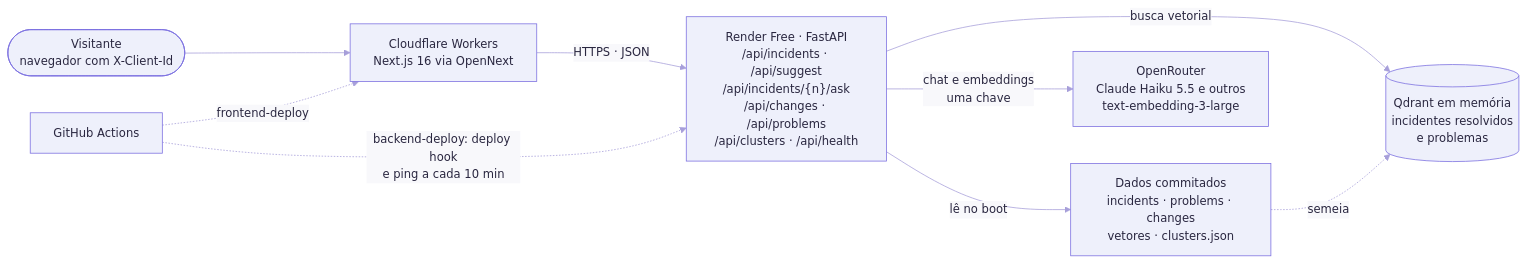
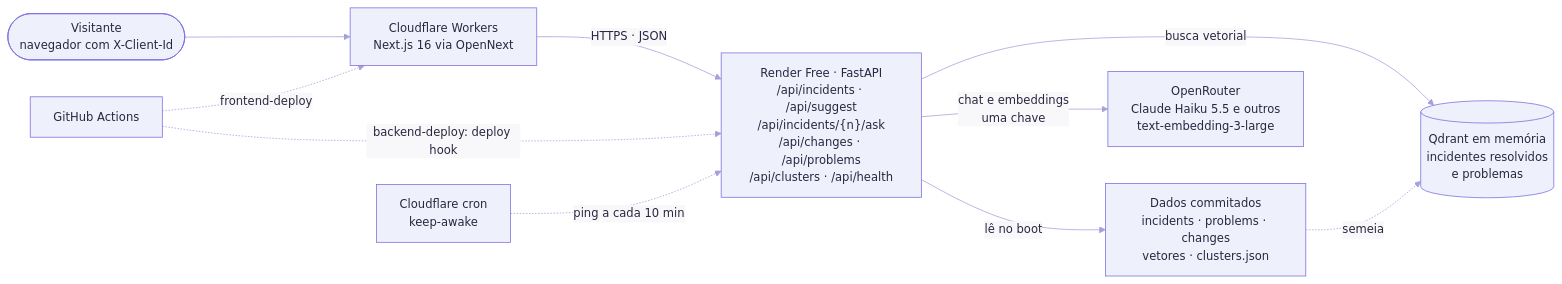
The diagram in docs/diagrams/arch-pt.mmd (johnlaff/incident-sense), drawn with Mermaid before and after one commit. The commit also changed 12 other files, not shown here.

First line of the commit message:
fix: ping da API por cron da Cloudflare a cada 10 minutos

```diff
--- a/docs/diagrams/arch-pt.mmd
+++ b/docs/diagrams/arch-pt.mmd
@@ -1,10 +1,11 @@
 %%{init: {"theme":"base","flowchart":{"diagramPadding":18,"nodeSpacing":48,"rankSpacing":95,"htmlLabels":true},"themeVariables":{"fontFamily":"ui-sans-serif, system-ui, sans-serif","fontSize":"15px","primaryColor":"#eef0fb","primaryBorderColor":"#7b6fe0","primaryTextColor":"#2a2740","lineColor":"#a79fda","secondaryColor":"#f4f5f9","tertiaryColor":"#ffffff","edgeLabelBackground":"#f8f8fb"}}}%%
 flowchart LR
   U(["Visitante<br/>navegador com X-Client-Id"]) --> W["Cloudflare Workers<br/>Next.js 16 via OpenNext"]
   W -->|"HTTPS · JSON"| API["Render Free · FastAPI<br/>/api/incidents · /api/suggest<br/>/api/incidents/{n}/ask<br/>/api/changes · /api/problems<br/>/api/clusters · /api/health"]
   API -->|"busca vetorial"| Q[("Qdrant em memória<br/>incidentes resolvidos<br/>e problemas")]
   API -->|"lê no boot"| D["Dados commitados<br/>incidents · problems · changes<br/>vetores · clusters.json"]
   D -.->|"semeia"| Q
   API -->|"chat e embeddings<br/>uma chave"| OR["OpenRouter<br/>Claude Haiku 5.5 e outros<br/>text-embedding-3-large"]
   GH["GitHub Actions"] -.->|"frontend-deploy"| W
-  GH -.->|"backend-deploy: deploy hook<br/>e ping a cada 10 min"| API
+  GH -.->|"backend-deploy: deploy hook"| API
+  K["Cloudflare cron<br/>keep-awake"] -.->|"ping a cada 10 min"| API
```
